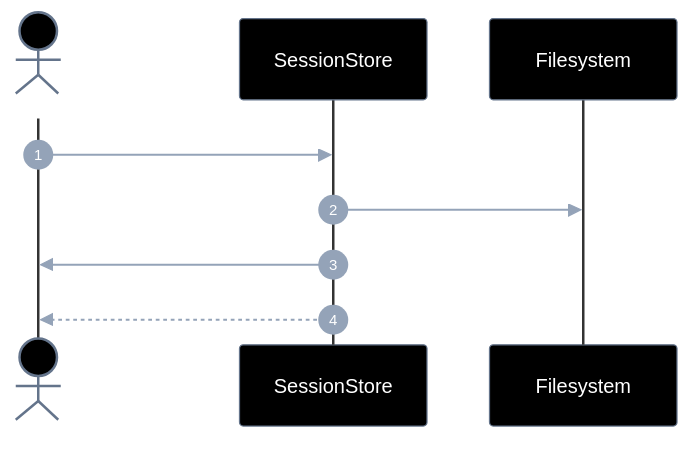
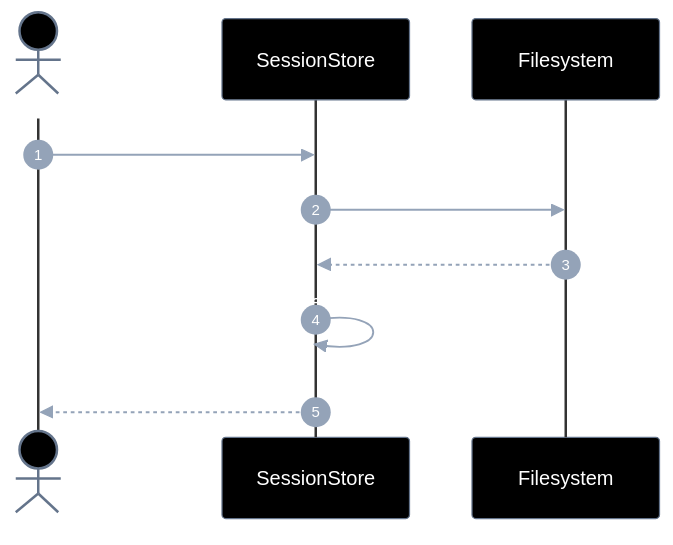
One commit to laerciogermano/workstation changed the second of 4 diagrams in connectmax/screen-robot/epics/EP-06-sessao/5.implementation-plan.md. Above: the diagram before and after it, drawn with Mermaid. The commit also changed other lines of this file and 5 other files, not shown here.

Commit message:
Completa retornos faltantes em todos os diagramas de sequência dos planos.

````diff
--- a/connectmax/screen-robot/epics/EP-06-sessao/5.implementation-plan.md
+++ b/connectmax/screen-robot/epics/EP-06-sessao/5.implementation-plan.md
@@ -122,53 +122,54 @@
 ```mermaid
 ---
 config:
   theme: base
   themeVariables:
     darkMode: true
     background: '#000000'
     primaryColor: '#000000'
     primaryTextColor: '#ffffff'
     primaryBorderColor: '#64748b'
     secondaryColor: '#000000'
     secondaryTextColor: '#ffffff'
     secondaryBorderColor: '#64748b'
     tertiaryColor: '#000000'
     tertiaryTextColor: '#ffffff'
     tertiaryBorderColor: '#64748b'
     lineColor: '#64748b'
     textColor: '#ffffff'
     mainBkg: '#000000'
     nodeBorder: '#64748b'
     clusterBkg: '#000000'
     clusterBorder: '#333333'
     titleColor: '#ffffff'
     edgeLabelBackground: '#000000'
     actorBkg: '#000000'
     actorBorder: '#64748b'
     actorTextColor: '#ffffff'
     actorLineColor: '#333333'
     signalColor: '#94a3b8'
     signalTextColor: '#ffffff'
     labelBoxBkgColor: '#000000'
     labelBoxBorderColor: '#64748b'
     labelTextColor: '#ffffff'
     loopTextColor: '#ffffff'
     noteBorderColor: '#64748b'
     noteBkgColor: '#111111'
     noteTextColor: '#ffffff'
     activationBorderColor: '#64748b'
     activationBkgColor: '#1a1a1a'
     sequenceNumberColor: '#ffffff'
     classText: '#ffffff'
 ---
 sequenceDiagram
   autonumber
   actor Dev as Caller
   participant S as SessionStore
   participant FS as Filesystem
 
   Dev->>S: removeSession(path)
   S->>FS: unlink se existe
-  S->>Dev: limpar contexto runtime
+  FS-->>S: removed|absent
+  S->>S: limpar contexto runtime
   S-->>Dev: { removed: boolean }
 ```
````
